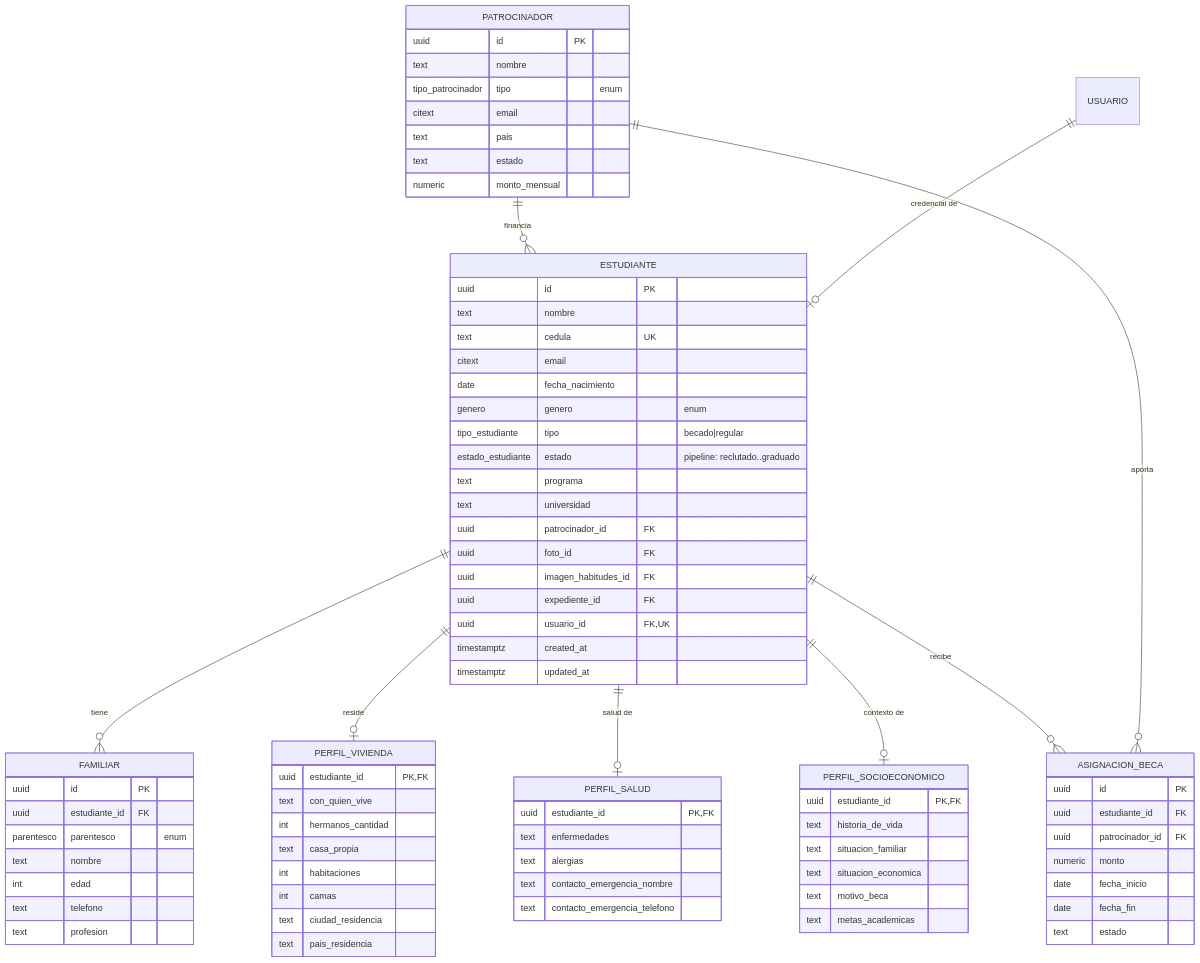
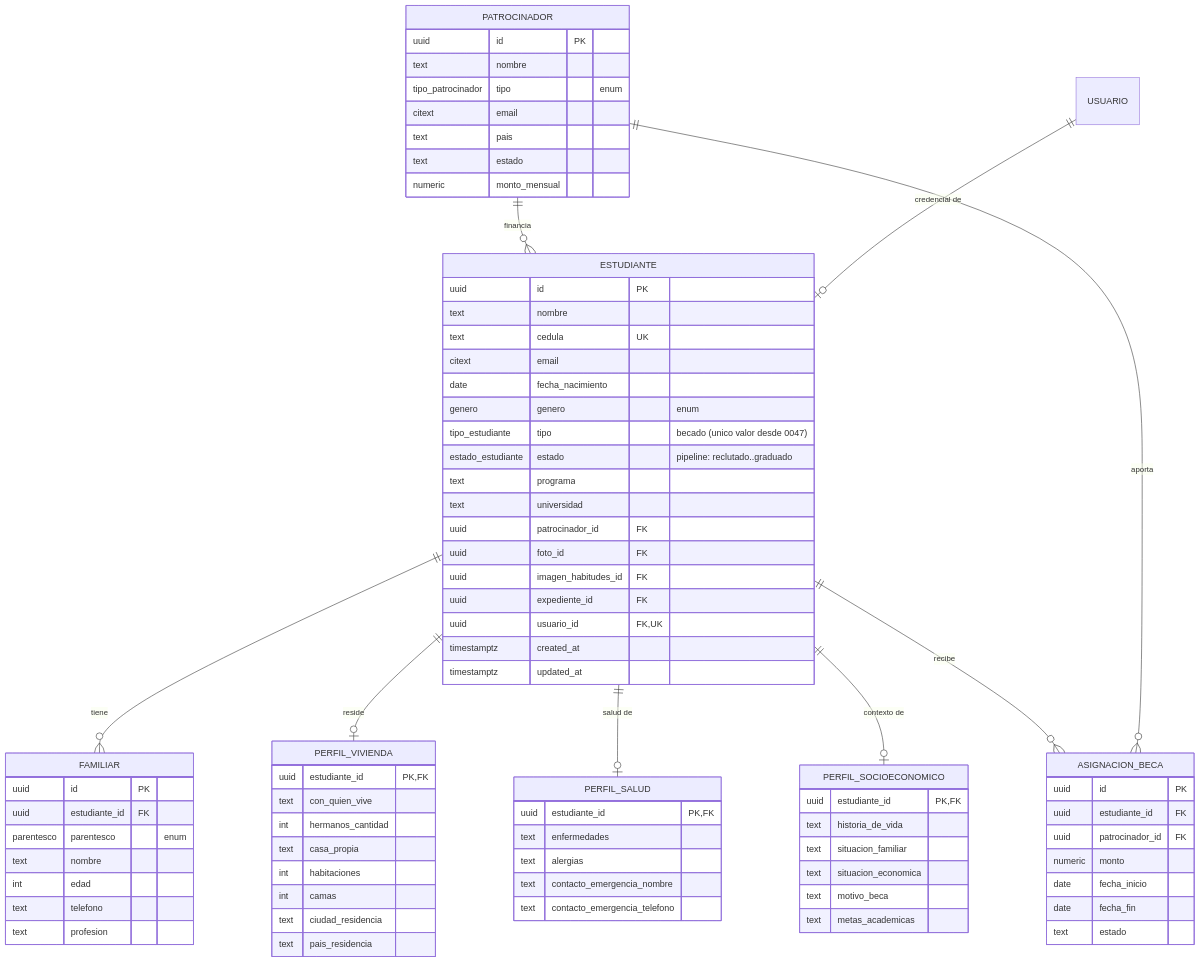
One commit to Dauris11/global-effect-nexus-v2 changed the third of 8 diagrams in docs/04-modelo-de-datos/diagrama-entidad-relacion.md. Above: the diagram before and after it, drawn with Mermaid. The commit also changed other lines of this file and 95 other files, not shown here.

```diff
--- a/docs/04-modelo-de-datos/diagrama-entidad-relacion.md
+++ b/docs/04-modelo-de-datos/diagrama-entidad-relacion.md
@@ -131,7 +127,7 @@
     citext email
     date fecha_nacimiento
     genero genero "enum"
-    tipo_estudiante tipo "becado|regular"
+    tipo_estudiante tipo "becado (unico valor desde 0047)"
     estado_estudiante estado "pipeline: reclutado..graduado"
     text programa
     text universidad
```
